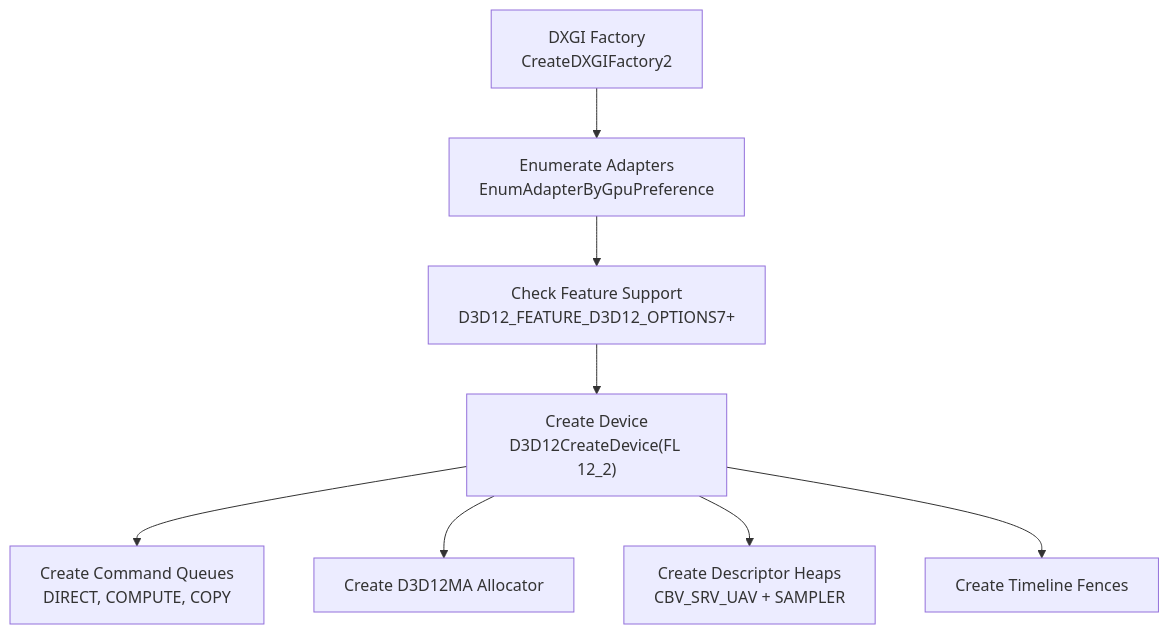
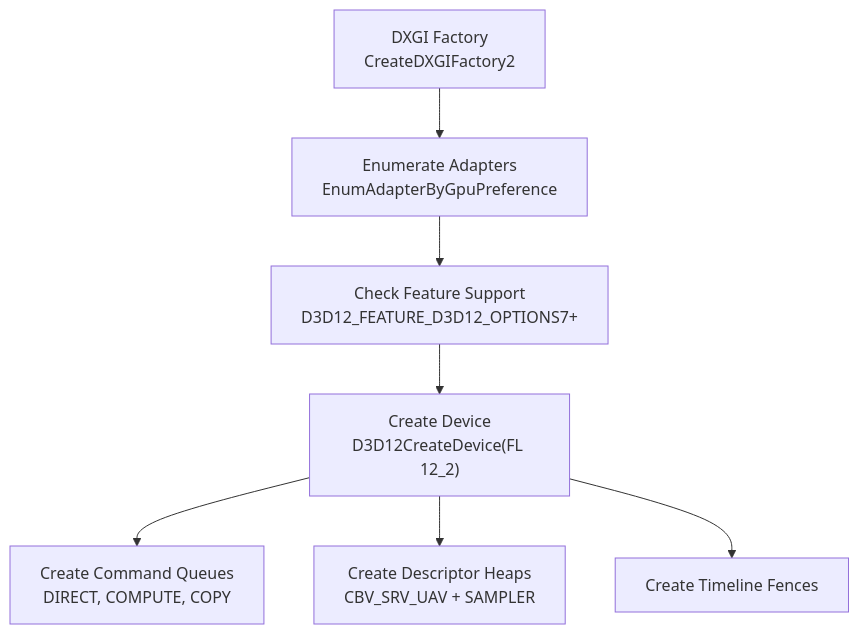
Before and after one commit to harmonius-dev/harmonius: the first of 3 diagrams in docs/design/gpu-backend-d3d12.md, drawn with Mermaid. The commit also changed other lines of this file and 28 other files, not shown here.

````diff
--- a/docs/design/gpu-backend-d3d12.md
+++ b/docs/design/gpu-backend-d3d12.md
@@ -64,17 +64,15 @@
 ```mermaid
 flowchart TD
     DXGI["DXGI Factory<br/>CreateDXGIFactory2"]
     Adapter["Enumerate Adapters<br/>EnumAdapterByGpuPreference"]
     CheckFeatures["Check Feature Support<br/>D3D12_FEATURE_D3D12_OPTIONS7+"]
     Device["Create Device<br/>D3D12CreateDevice(FL 12_2)"]
     Queues["Create Command Queues<br/>DIRECT, COMPUTE, COPY"]
-    Allocator["Create D3D12MA Allocator"]
     DescHeap["Create Descriptor Heaps<br/>CBV_SRV_UAV + SAMPLER"]
     Fence["Create Timeline Fences"]
 
     DXGI --> Adapter --> CheckFeatures --> Device
     Device --> Queues
-    Device --> Allocator
     Device --> DescHeap
     Device --> Fence
 ```
````
